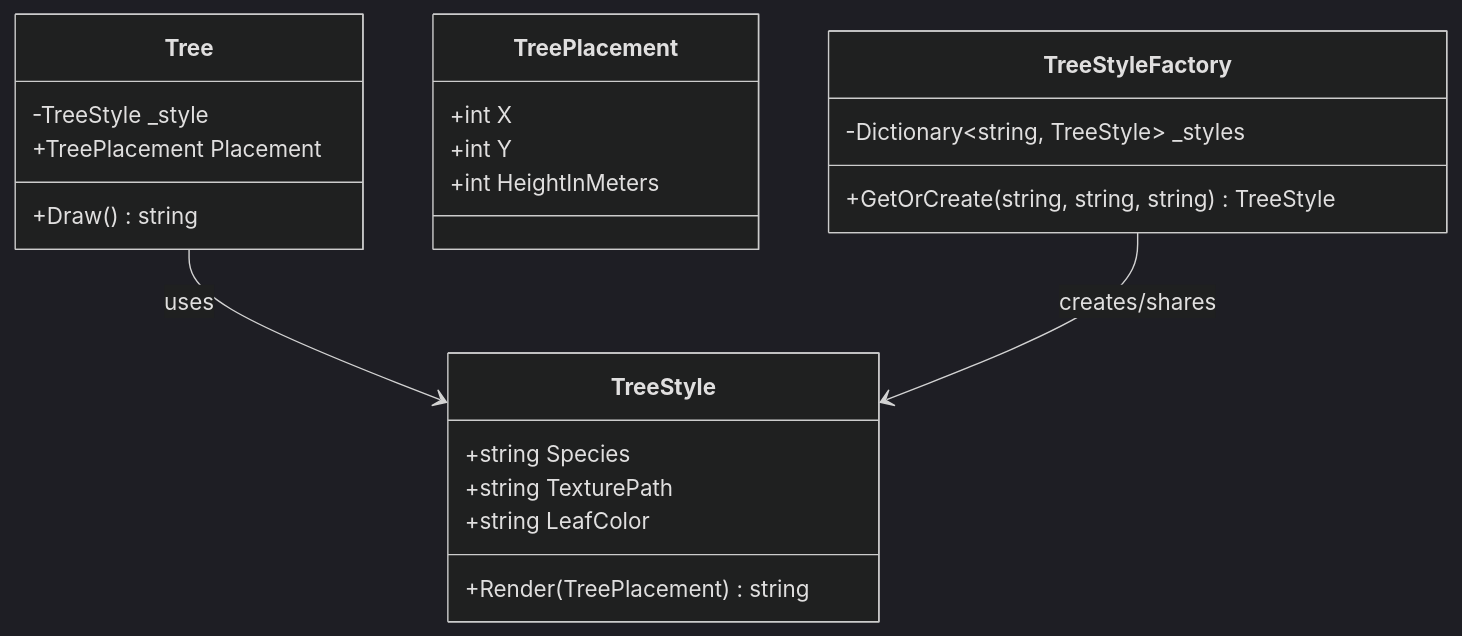
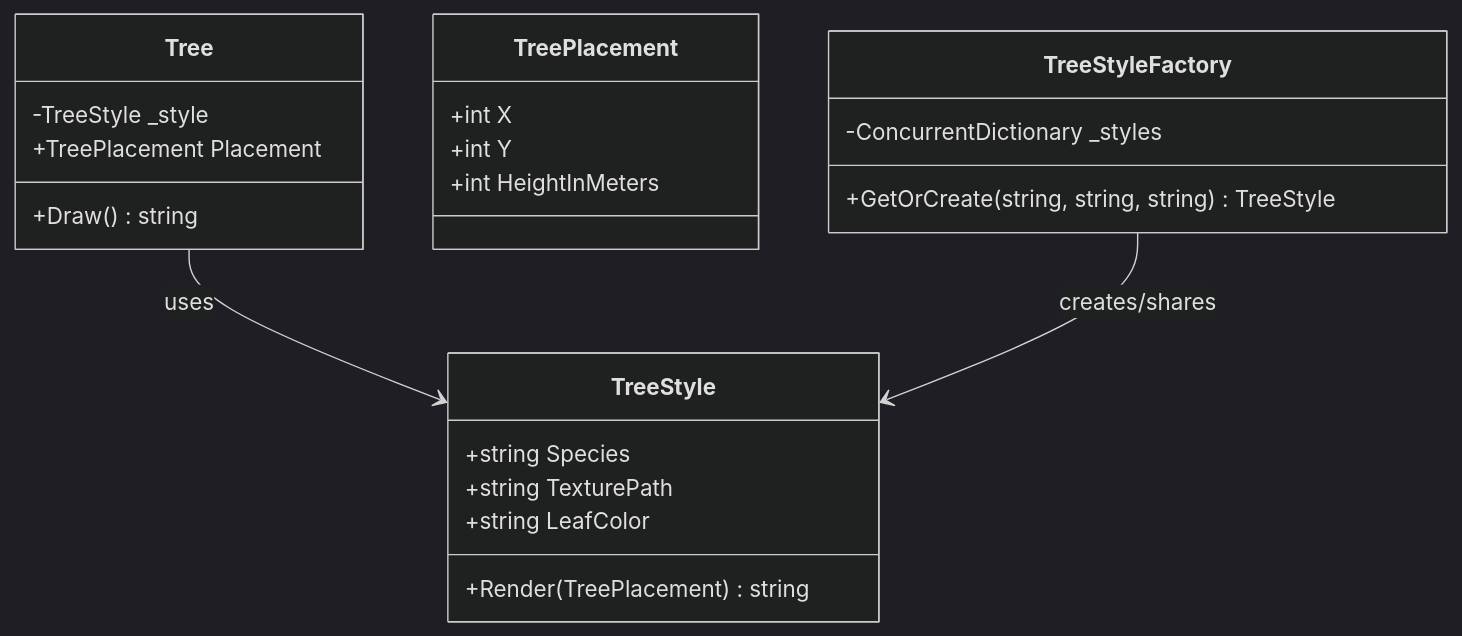
Before and after one commit to tarikgokhan/pattern-craft: the diagram in docs/application/structural/flyweight.md, drawn with Mermaid (dark theme). The commit also changed other lines of this file, not shown here.

````diff
--- a/docs/application/structural/flyweight.md
+++ b/docs/application/structural/flyweight.md
@@ -75,29 +75,29 @@
 ```mermaid
 classDiagram
     class TreeStyle {
         +string Species
         +string TexturePath
         +string LeafColor
         +Render(TreePlacement) string
     }
 
     class TreeStyleFactory {
-        -Dictionary~string, TreeStyle~ _styles
+        -ConcurrentDictionary _styles
         +GetOrCreate(string, string, string) TreeStyle
     }
 
     class TreePlacement {
         +int X
         +int Y
         +int HeightInMeters
     }
 
     class Tree {
         -TreeStyle _style
         +TreePlacement Placement
         +Draw() string
     }
 
     Tree --> TreeStyle : uses
     TreeStyleFactory --> TreeStyle : creates/shares
 ```
````
